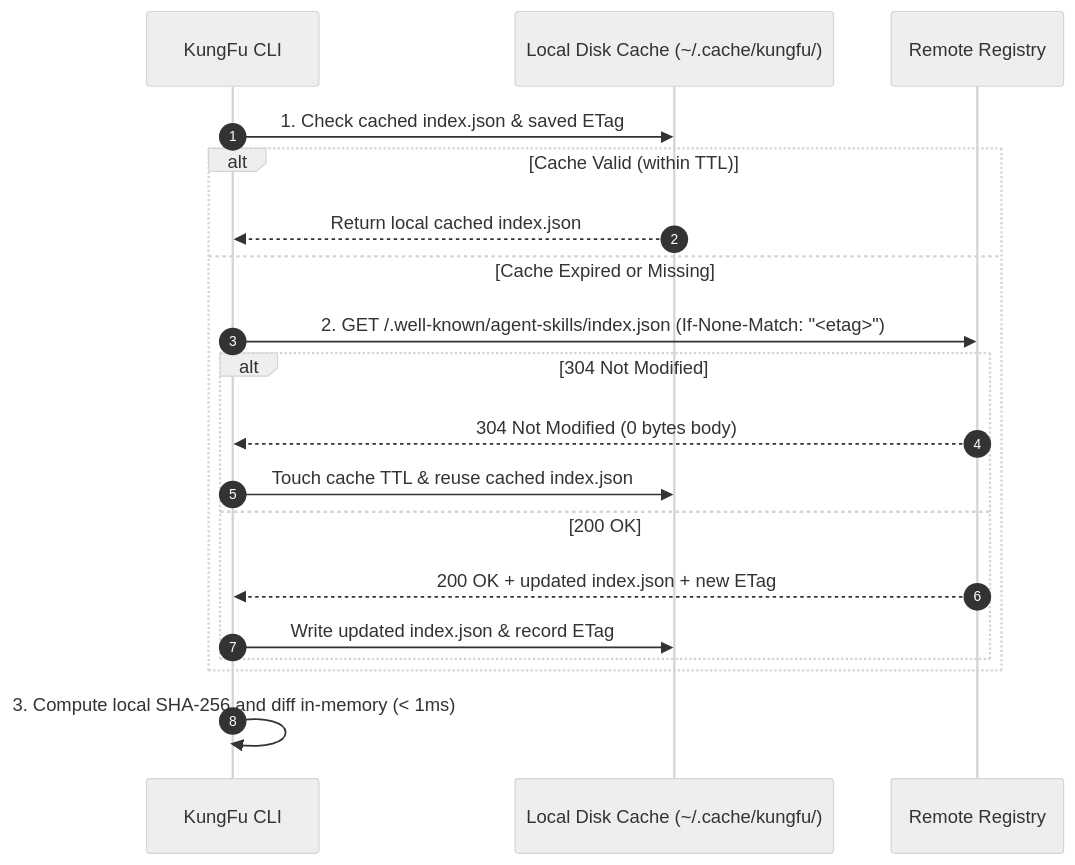
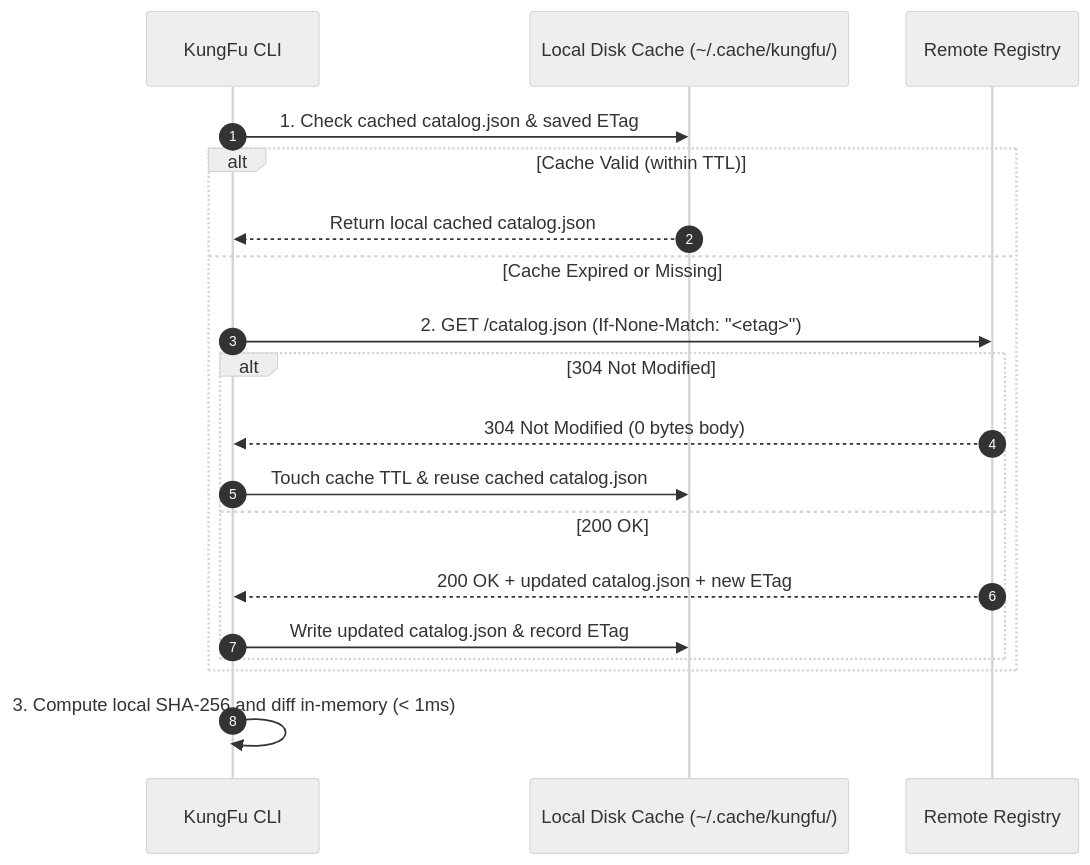
One commit to danicat/skills changed the diagram in _design/spec/0001-kungfu-cli-specification.md. Above: the diagram before and after it, drawn with Mermaid (neutral theme). The commit also changed other lines of this file and 16 other files, not shown here.

Commit message:
feat: migrate discovery endpoint to catalog.json and update intercom agent skill

````diff
--- a/_design/spec/0001-kungfu-cli-specification.md
+++ b/_design/spec/0001-kungfu-cli-specification.md
@@ -321,22 +338,22 @@
 ```mermaid
 sequenceDiagram
     autonumber
     participant CLI as KungFu CLI
     participant Cache as Local Disk Cache (~/.cache/kungfu/)
     participant Remote as Remote Registry
 
-    CLI->>Cache: 1. Check cached index.json & saved ETag
+    CLI->>Cache: 1. Check cached catalog.json & saved ETag
     alt Cache Valid (within TTL)
-        Cache-->>CLI: Return local cached index.json
+        Cache-->>CLI: Return local cached catalog.json
     else Cache Expired or Missing
-        CLI->>Remote: 2. GET /.well-known/agent-skills/index.json (If-None-Match: "<etag>")
+        CLI->>Remote: 2. GET /catalog.json (If-None-Match: "<etag>")
         alt 304 Not Modified
             Remote-->>CLI: 304 Not Modified (0 bytes body)
-            CLI->>Cache: Touch cache TTL & reuse cached index.json
+            CLI->>Cache: Touch cache TTL & reuse cached catalog.json
         else 200 OK
-            Remote-->>CLI: 200 OK + updated index.json + new ETag
-            CLI->>Cache: Write updated index.json & record ETag
+            Remote-->>CLI: 200 OK + updated catalog.json + new ETag
+            CLI->>Cache: Write updated catalog.json & record ETag
         end
     end
     CLI->>CLI: 3. Compute local SHA-256 and diff in-memory (< 1ms)
 ```
````
